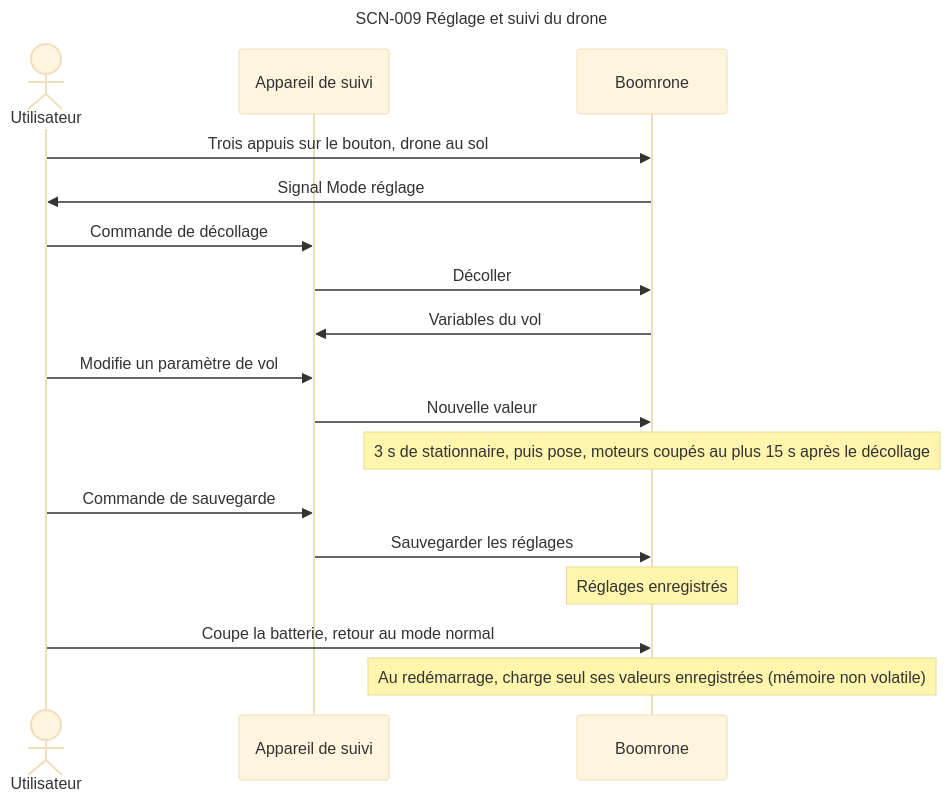
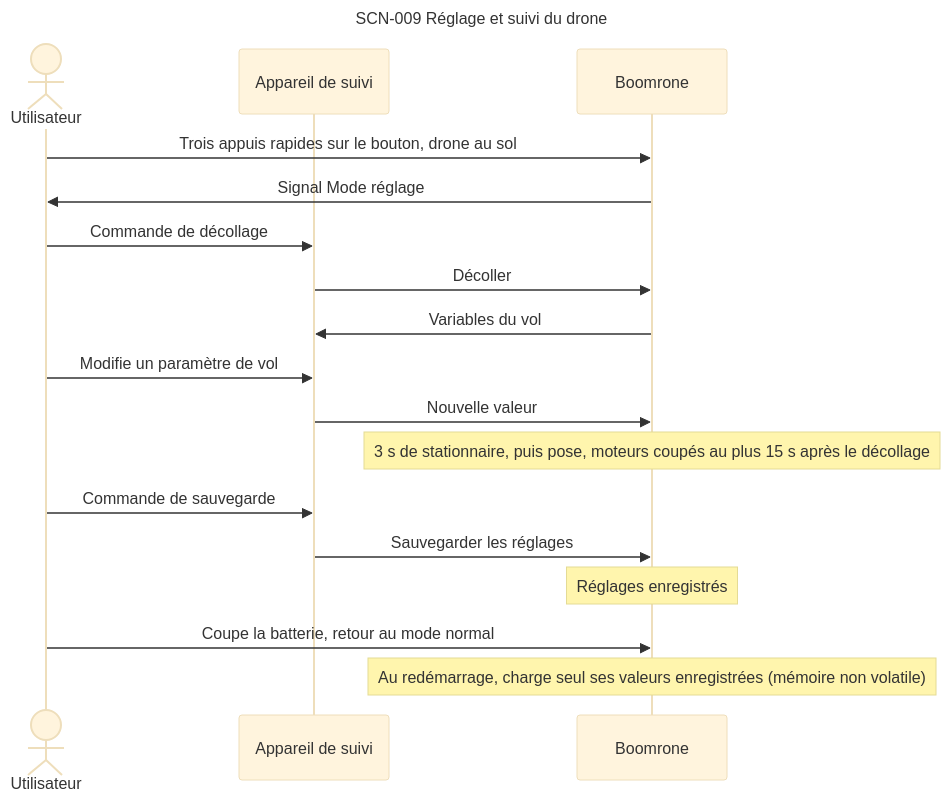
Before and after one commit to thourymatthieu-png/coworker_archi_system: diagram 11 of 13 in projets/boomrone/00-scenarios.md, drawn with Mermaid (base theme). The commit also changed other lines of this file and 5 other files, not shown here.

Commit message:
Boomrone : titres DEC/DOU corrigés, relectures des diagrammes, note de reprise ; règle de contradiction dans la charte

````diff
--- a/projets/boomrone/00-scenarios.md
+++ b/projets/boomrone/00-scenarios.md
@@ -389,22 +402,22 @@
 ```mermaid
 ---
 title: "SCN-009 Réglage et suivi du drone"
 ---
 sequenceDiagram
     actor U as Utilisateur
     participant A as Appareil de suivi
     participant D as Boomrone
-    U->>D: Trois appuis sur le bouton, drone au sol
+    U->>D: Trois appuis rapides sur le bouton, drone au sol
     D->>U: Signal Mode réglage
     U->>A: Commande de décollage
     A->>D: Décoller
     D->>A: Variables du vol
     U->>A: Modifie un paramètre de vol
     A->>D: Nouvelle valeur
     Note over D: 3 s de stationnaire, puis pose, moteurs coupés au plus 15 s après le décollage
     U->>A: Commande de sauvegarde
     A->>D: Sauvegarder les réglages
     Note over D: Réglages enregistrés
     U->>D: Coupe la batterie, retour au mode normal
     Note over D: Au redémarrage, charge seul ses valeurs enregistrées (mémoire non volatile)
 ```
````
